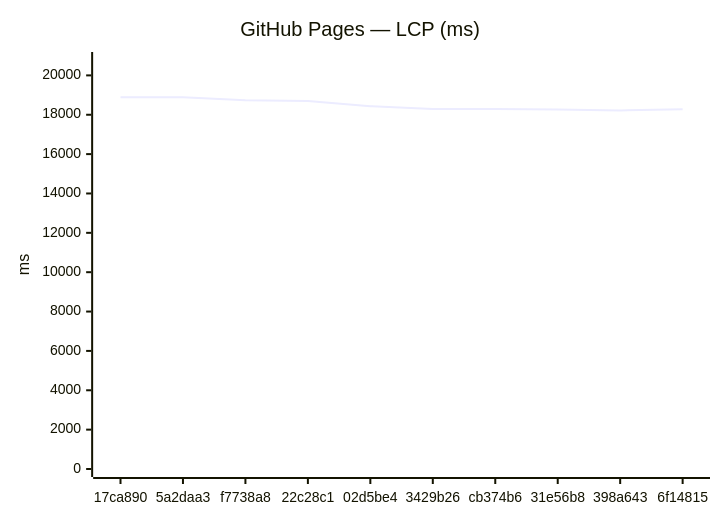
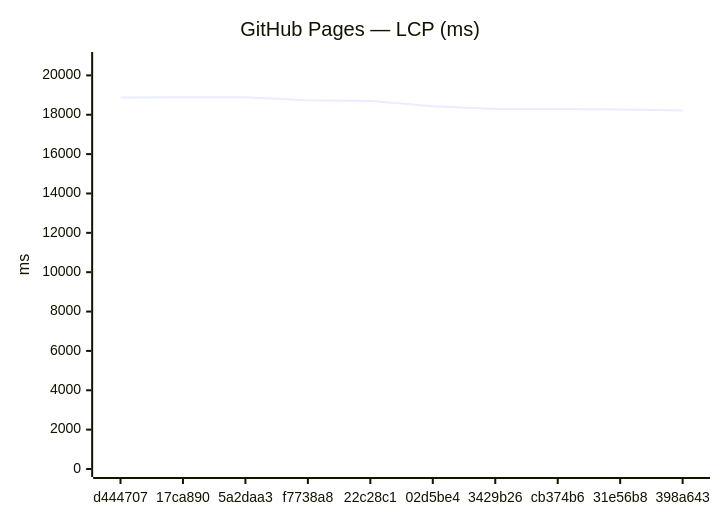
Before and after one commit to Metaheurist/Rianell: the third of 18 diagrams in benchmarks/compare.md, drawn with Mermaid. The commit also changed other lines of this file and 11 other files, not shown here.

````diff
--- a/benchmarks/compare.md
+++ b/benchmarks/compare.md
@@ -54,7 +54,7 @@
 ```mermaid
 xychart-beta
     title "GitHub Pages — LCP (ms)"
-    x-axis ["17ca890", "5a2daa3", "f7738a8", "22c28c1", "02d5be4", "3429b26", "cb374b6", "31e56b8", "398a643", "6f14815"]
+    x-axis ["d444707", "17ca890", "5a2daa3", "f7738a8", "22c28c1", "02d5be4", "3429b26", "cb374b6", "31e56b8", "398a643"]
     y-axis "ms" 0 --> 20782
-    line [18888, 18892, 18741, 18704, 18438, 18287, 18290, 18265, 18222, 18275]
+    line [18871, 18888, 18892, 18741, 18704, 18438, 18287, 18290, 18265, 18222]
 ```
````
